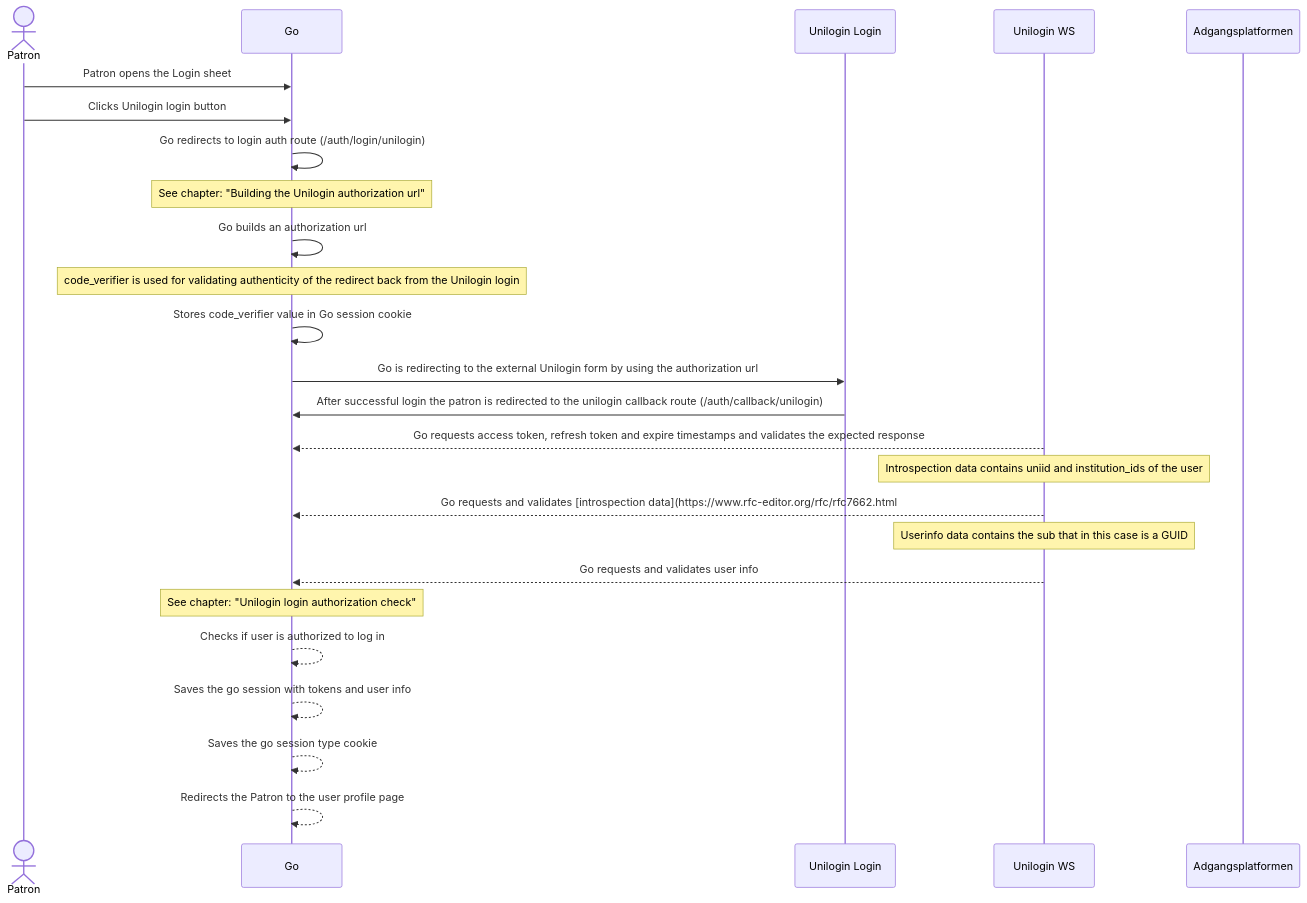
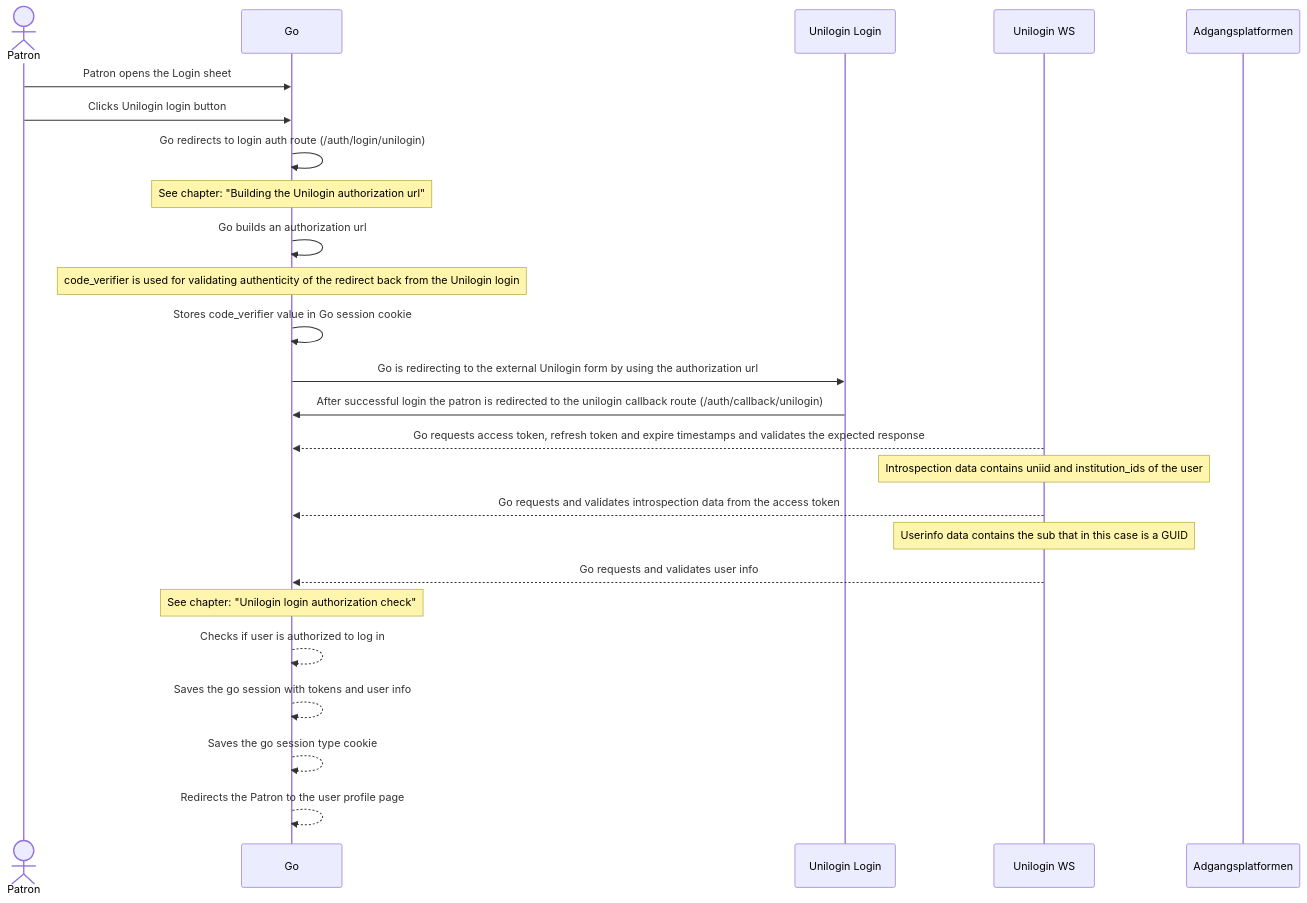
The first of 3 diagrams in go/docs/authentication.md (danskernesdigitalebibliotek/dpl-web), drawn with Mermaid before and after one commit. The commit also changed other lines of this file, not shown here.

Commit message:
Syntax corrections

````diff
--- a/go/docs/authentication.md
+++ b/go/docs/authentication.md
@@ -51,27 +51,27 @@
 ```mermaid
 sequenceDiagram
     actor Patron
     participant Go
     participant Unilogin Login
     participant Unilogin WS
     participant Adgangsplatformen
     Patron->>Go: Patron opens the Login sheet
     Patron->>Go: Clicks Unilogin login button
     Go->>Go: Go redirects to login auth route (/auth/login/unilogin)
     Note over Go: See chapter: "Building the Unilogin authorization url"
     Go->>Go: Go builds an authorization url
     Note over Go: code_verifier is used for validating authenticity of the redirect back from the Unilogin login
     Go->>Go: Stores code_verifier value in Go session cookie
     Go->>Unilogin Login: Go is redirecting to the external Unilogin form by using the authorization url
     Unilogin Login->>Go: After successful login the patron is redirected to the unilogin callback route (/auth/callback/unilogin)
     Unilogin WS-->>Go: Go requests access token, refresh token and expire timestamps and validates the expected response
     Note over Unilogin WS: Introspection data contains uniid and institution_ids of the user
-    Unilogin WS-->>Go: Go requests and validates [introspection data](https://www.rfc-editor.org/rfc/rfc7662.html#section-2) from the access token
+    Unilogin WS-->>Go: Go requests and validates introspection data from the access token
     Note over Unilogin WS: Userinfo data contains the sub that in this case is a GUID
     Unilogin WS-->>Go: Go requests and validates user info
     Note over Go: See chapter: "Unilogin login authorization check"
     Go-->>Go: Checks if user is authorized to log in
     Go-->>Go: Saves the go session with tokens and user info
     Go-->>Go: Saves the go session type cookie
     Go-->>Go: Redirects the Patron to the user profile page
 ```
````
